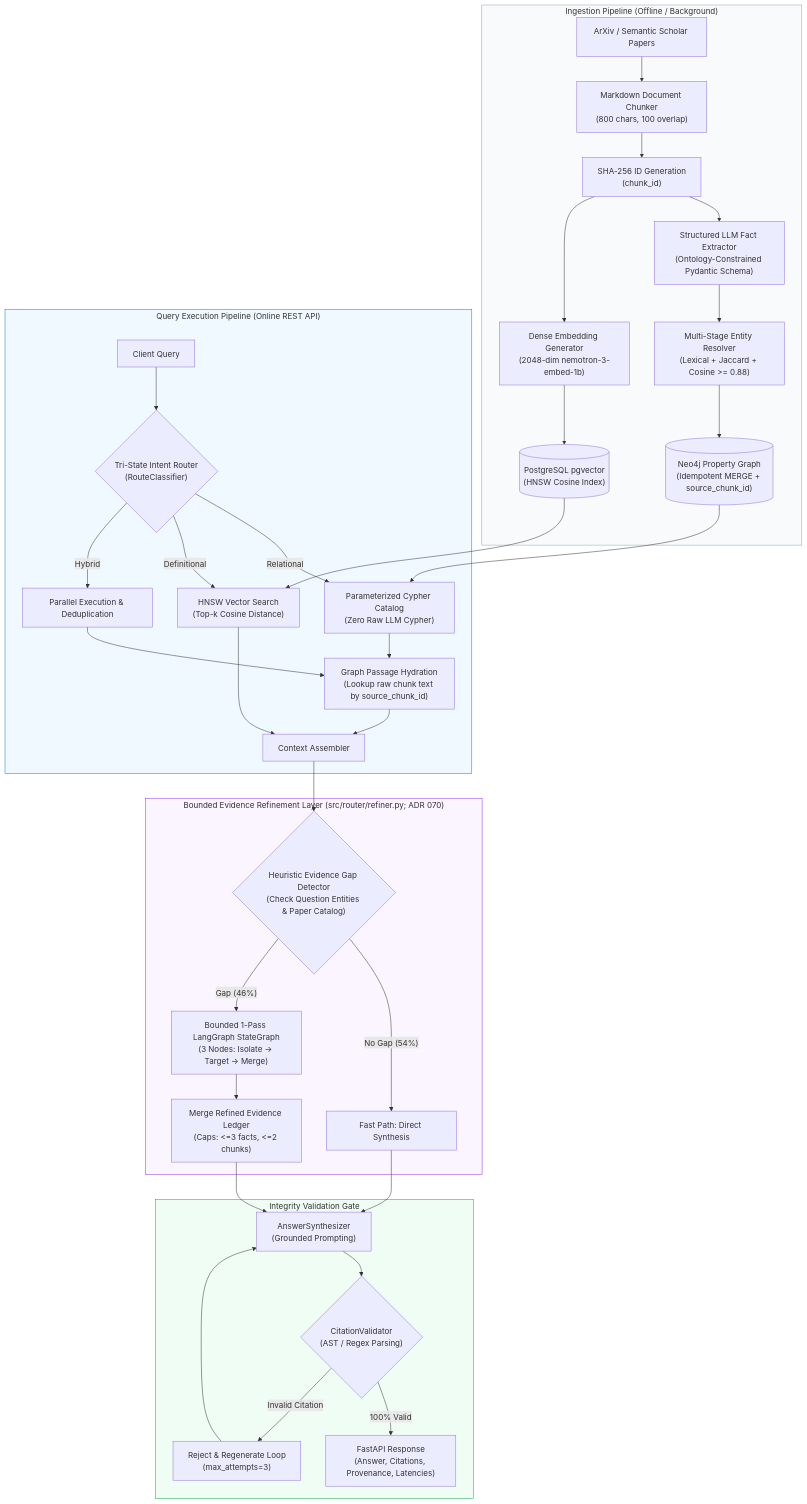
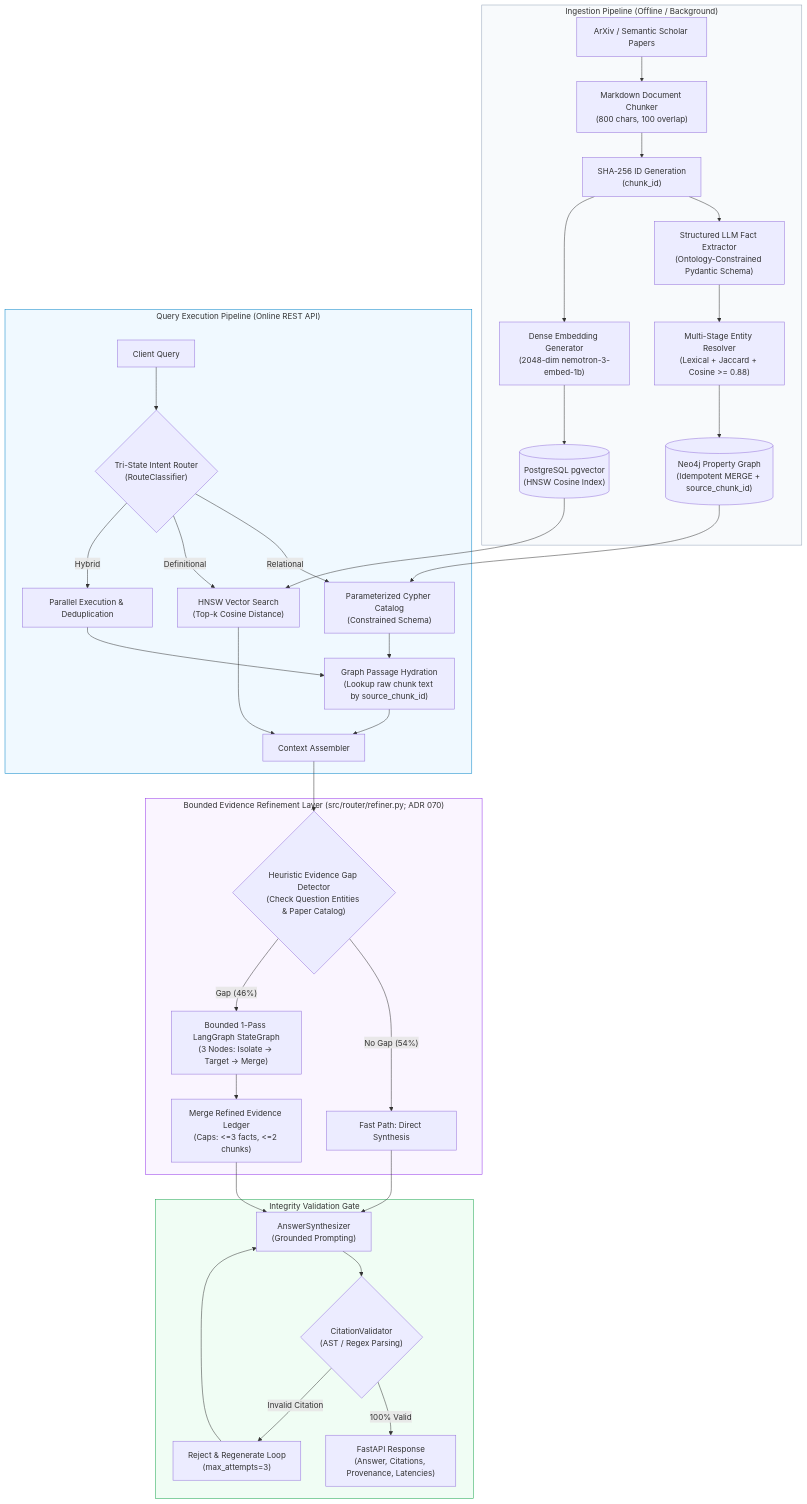
Before and after one commit to devy52/GraphRAG-For-Enterprise-Data-Arxiv-: the diagram in Docs/ARCHITECTURE.md, drawn with Mermaid. The commit also changed other lines of this file and 3 other files, not shown here.

````diff
--- a/Docs/ARCHITECTURE.md
+++ b/Docs/ARCHITECTURE.md
@@ -16,49 +16,49 @@
 ```mermaid
 graph TD
     subgraph Ingestion ["Ingestion Pipeline (Offline / Background)"]
         RawDocs["ArXiv / Semantic Scholar Papers"] --> Chunker["Markdown Document Chunker<br/>(800 chars, 100 overlap)"]
         Chunker --> Hash["SHA-256 ID Generation<br/>(chunk_id)"]
         Hash --> Extractor["Structured LLM Fact Extractor<br/>(Ontology-Constrained Pydantic Schema)"]
         Hash --> Embedder["Dense Embedding Generator<br/>(2048-dim nemotron-3-embed-1b)"]
         Extractor --> Resolver["Multi-Stage Entity Resolver<br/>(Lexical + Jaccard + Cosine >= 0.88)"]
         Resolver --> NeoStore[("Neo4j Property Graph<br/>(Idempotent MERGE + source_chunk_id)")]
         Embedder --> PgStore[("PostgreSQL pgvector<br/>(HNSW Cosine Index)")]
     end
 
     subgraph QueryExecution ["Query Execution Pipeline (Online REST API)"]
         ClientQuery["Client Query"] --> Router{"Tri-State Intent Router<br/>(RouteClassifier)"}
-        Router -->|"Relational"| NeoTraverse["Parameterized Cypher Catalog<br/>(Zero Raw LLM Cypher)"]
+        Router -->|"Relational"| NeoTraverse["Parameterized Cypher Catalog<br/>(Constrained Schema)"]
         Router -->|"Definitional"| VecSearch["HNSW Vector Search<br/>(Top-k Cosine Distance)"]
         Router -->|"Hybrid"| DualExec["Parallel Execution & Deduplication"]
 
         NeoStore --> NeoTraverse
         PgStore --> VecSearch
 
         NeoTraverse --> Hydrate["Graph Passage Hydration<br/>(Lookup raw chunk text by source_chunk_id)"]
         VecSearch --> ContextMerge["Context Assembler"]
         DualExec --> Hydrate
         Hydrate --> ContextMerge
     end
 
     subgraph SelectiveRefinement ["Bounded Evidence Refinement Layer (src/router/refiner.py; ADR 070)"]
         ContextMerge --> GapDetector{"Heuristic Evidence Gap Detector<br/>(Check Question Entities & Paper Catalog)"}
         GapDetector -->|"No Gap (54%)"| DirectSynth["Fast Path: Direct Synthesis"]
         GapDetector -->|"Gap (46%)"| LGPass["Bounded 1-Pass LangGraph StateGraph<br/>(3 Nodes: Isolate -> Target -> Merge)"]
         LGPass --> SynthMerge["Merge Refined Evidence Ledger<br/>(Caps: <=3 facts, <=2 chunks)"]
     end
 
     DirectSynth --> Synthesizer["AnswerSynthesizer<br/>(Grounded Prompting)"]
     SynthMerge --> Synthesizer
 
     subgraph HardGate ["Integrity Validation Gate"]
         Synthesizer --> ValAST{"CitationValidator<br/>(AST / Regex Parsing)"}
         ValAST -->|"100% Valid"| ValidResponse["FastAPI Response<br/>(Answer, Citations, Provenance, Latencies)"]
         ValAST -->|"Invalid Citation"| Regenerate["Reject & Regenerate Loop<br/>(max_attempts=3)"]
         Regenerate --> Synthesizer
     end
 
     style Ingestion fill:#f8fafc,stroke:#94a3b8,stroke-width:1px
     style QueryExecution fill:#f0f9ff,stroke:#0284c7,stroke-width:1px
     style SelectiveRefinement fill:#faf5ff,stroke:#9333ea,stroke-width:1px
     style HardGate fill:#f0fdf4,stroke:#16a34a,stroke-width:1px
 ```
````
